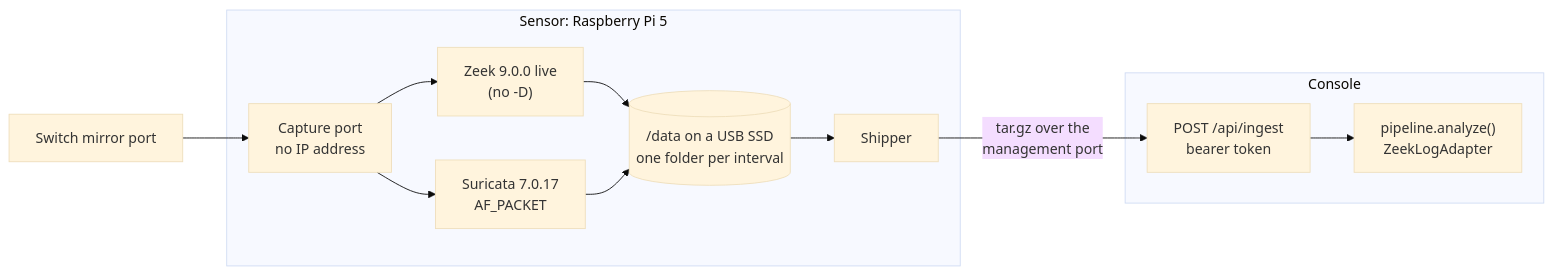
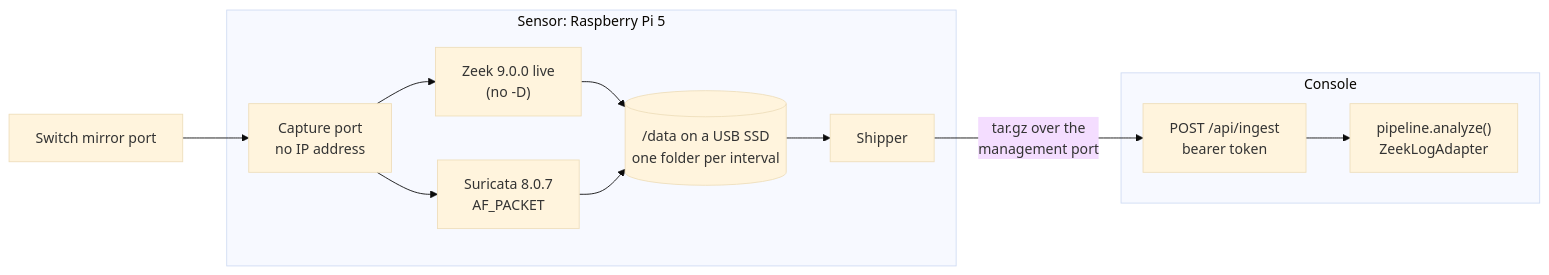
One commit to ahmadalkhoudeir/maxguard changed the third of 4 diagrams in docs/ARCHITECTURE.md. Above: the diagram before and after it, drawn with Mermaid (base theme). The commit also changed other lines of this file, not shown here.

First line of the commit message:
ARCHITECTURE: live sensor on Suricata 8.0.7; flag the engine's 7.0 package

````diff
--- a/docs/ARCHITECTURE.md
+++ b/docs/ARCHITECTURE.md
@@ -230,18 +230,18 @@
 ```mermaid
 flowchart LR
   MIRROR["Switch mirror port"] --> CAP
   subgraph pi["Sensor: Raspberry Pi 5"]
     CAP["Capture port<br/>no IP address"]
     ZL["Zeek 9.0.0 live<br/>(no -D)"]
-    SL["Suricata 7.0.17<br/>AF_PACKET"]
+    SL["Suricata 8.0.7<br/>AF_PACKET"]
     D[("/data on a USB SSD<br/>one folder per interval")]
     SH["Shipper"]
   end
   subgraph console["Console"]
     IN["POST /api/ingest<br/>bearer token"]
     PL["pipeline.analyze()<br/>ZeekLogAdapter"]
   end
   CAP --> ZL --> D
   CAP --> SL --> D
   D --> SH -->|"tar.gz over the<br/>management port"| IN --> PL
 ```
````
